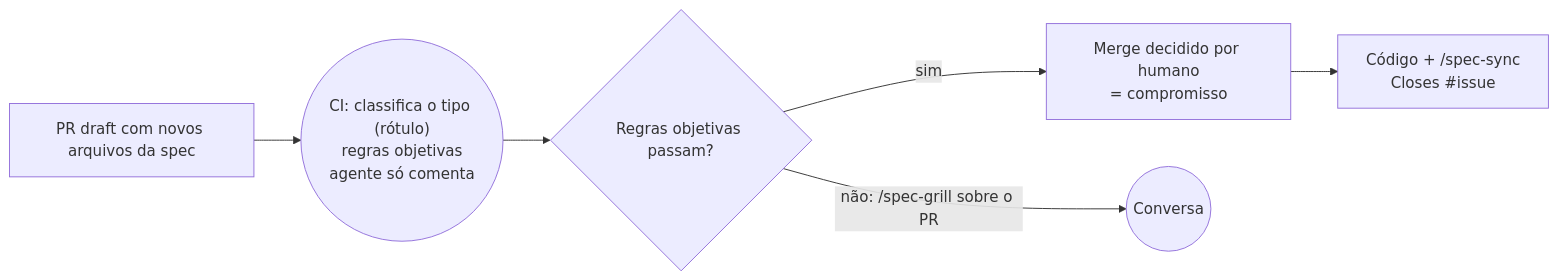
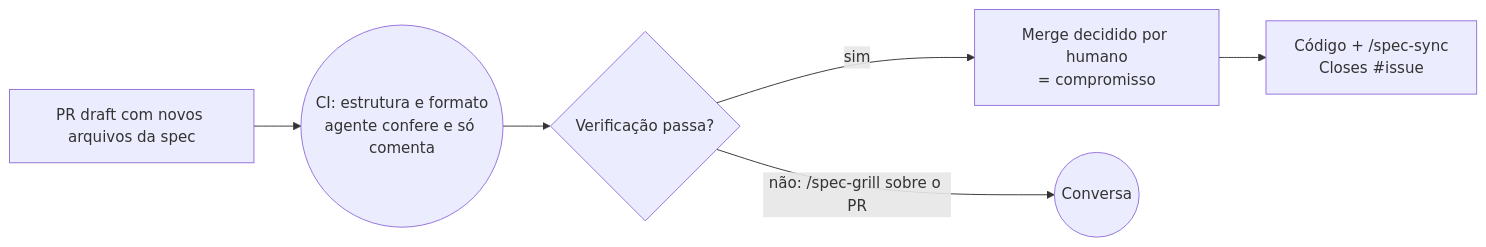
Before and after one commit to useful-toys/Tabularium: the second of 2 diagrams in README.md, drawn with Mermaid. The commit also changed other lines of this file and 25 other files, not shown here.

Commit message:
Definição do tabularium: check do CI só de estrutura e formato, tipo julgado pela conferência (#24)

````diff
--- a/README.md
+++ b/README.md
@@ -87,8 +87,8 @@
 ```mermaid
 flowchart LR
-  PR["PR draft com novos arquivos da spec"] --> CI(("CI: classifica o tipo (rótulo)<br/>regras objetivas<br/>agente só comenta"))
-  CI --> GG{"Regras objetivas passam?"}
+  PR["PR draft com novos arquivos da spec"] --> CI(("CI: estrutura e formato<br/>agente confere e só comenta"))
+  CI --> GG{"Verificação passa?"}
   GG -->|sim| A["Merge decidido por humano<br/>= compromisso"]
   GG -->|"não: /spec-grill sobre o PR"| C(("Conversa"))
   A --> E["Código + /spec-sync<br/>Closes #issue"]
 ```
````
